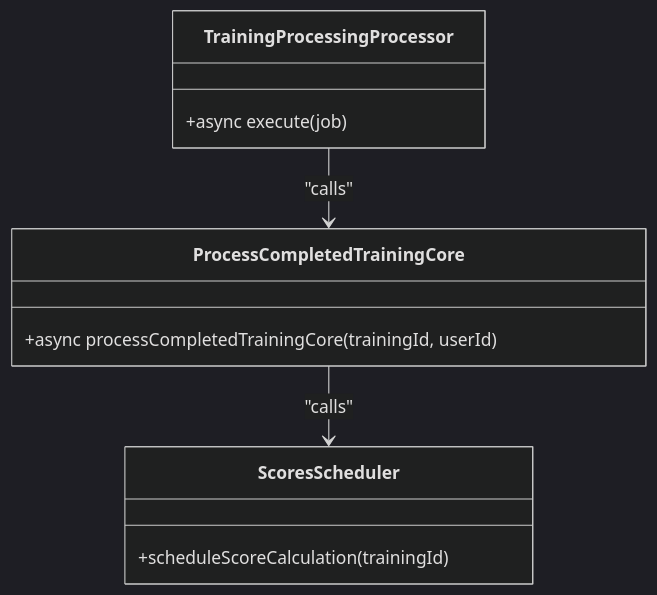
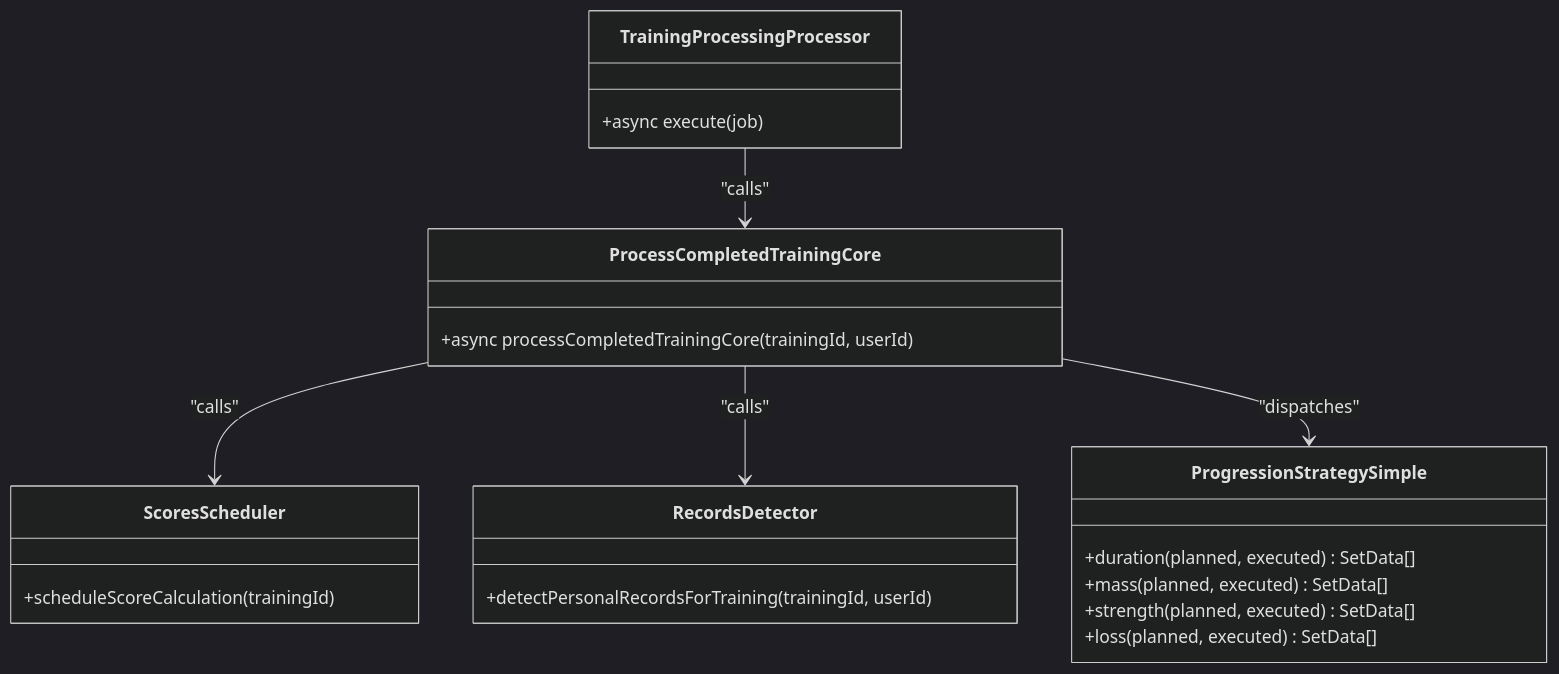
Before and after one commit to Dezzpil/meingym: the eighth of 10 diagrams in .qoder/repowiki/en/content/Architecture Overview/Mobile API System.md, drawn with Mermaid (dark theme). The commit also changed other lines of this file and 12 other files, not shown here.

````diff
--- a/.qoder/repowiki/en/content/Architecture Overview/Mobile API System.md
+++ b/.qoder/repowiki/en/content/Architecture Overview/Mobile API System.md
@@ -234,14 +396,25 @@
 ```mermaid
 classDiagram
 class TrainingProcessingProcessor {
 +async execute(job)
 }
 class ProcessCompletedTrainingCore {
 +async processCompletedTrainingCore(trainingId, userId)
 }
 class ScoresScheduler {
 +scheduleScoreCalculation(trainingId)
 }
+class RecordsDetector {
++detectPersonalRecordsForTraining(trainingId, userId)
+}
+class ProgressionStrategySimple {
++duration(planned, executed) SetData[]
++mass(planned, executed) SetData[]
++strength(planned, executed) SetData[]
++loss(planned, executed) SetData[]
+}
 TrainingProcessingProcessor --> ProcessCompletedTrainingCore : "calls"
 ProcessCompletedTrainingCore --> ScoresScheduler : "calls"
+ProcessCompletedTrainingCore --> RecordsDetector : "calls"
+ProcessCompletedTrainingCore --> ProgressionStrategySimple : "dispatches"
 ```
````
